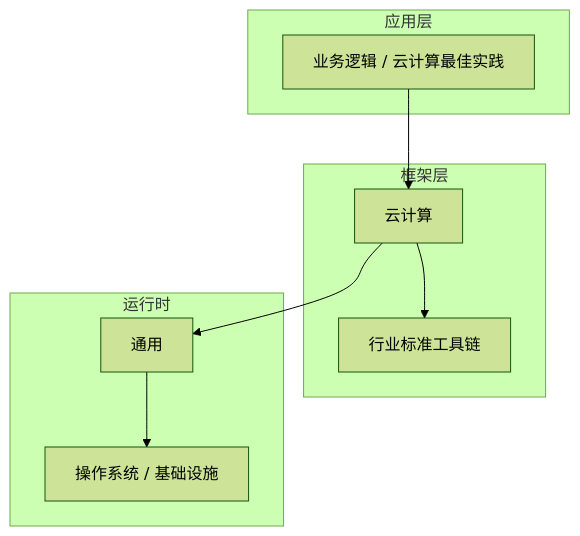
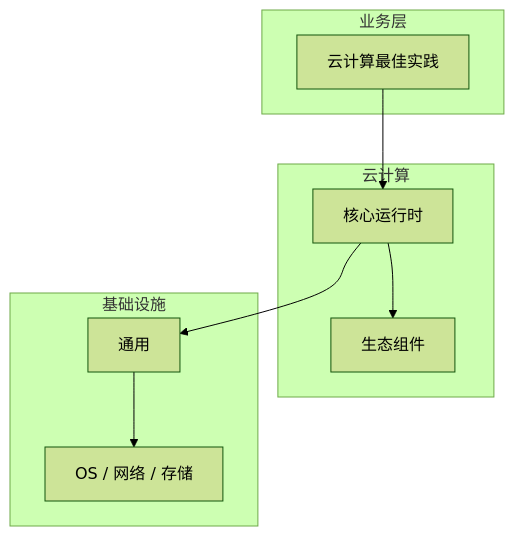
The diagram in articles/云计算/chapters/057-云计算最佳实践核心概念与原理.md (yanggan2015/knowledge-json-v2), drawn with Mermaid (forest theme) before and after one commit. The commit also changed other lines of this file and 10127 other files, not shown here.

````diff
--- a/articles/云计算/chapters/057-云计算最佳实践核心概念与原理.md
+++ b/articles/云计算/chapters/057-云计算最佳实践核心概念与原理.md
@@ -45,18 +34,18 @@
 ```mermaid
 graph TB
-    subgraph 应用层
-        A[业务逻辑 / 云计算最佳实践]
+    subgraph 业务层
+        A[云计算最佳实践]
     end
-    subgraph 框架层
-        B[云计算]
-        C[行业标准工具链]
+    subgraph 云计算
+        B[核心运行时]
+        C[生态组件]
     end
-    subgraph 运行时
+    subgraph 基础设施
         D[通用]
-        E[操作系统 / 基础设施]
+        E[OS / 网络 / 存储]
     end
     A --> B
     B --> C
     B --> D
     D --> E
 ```
````
